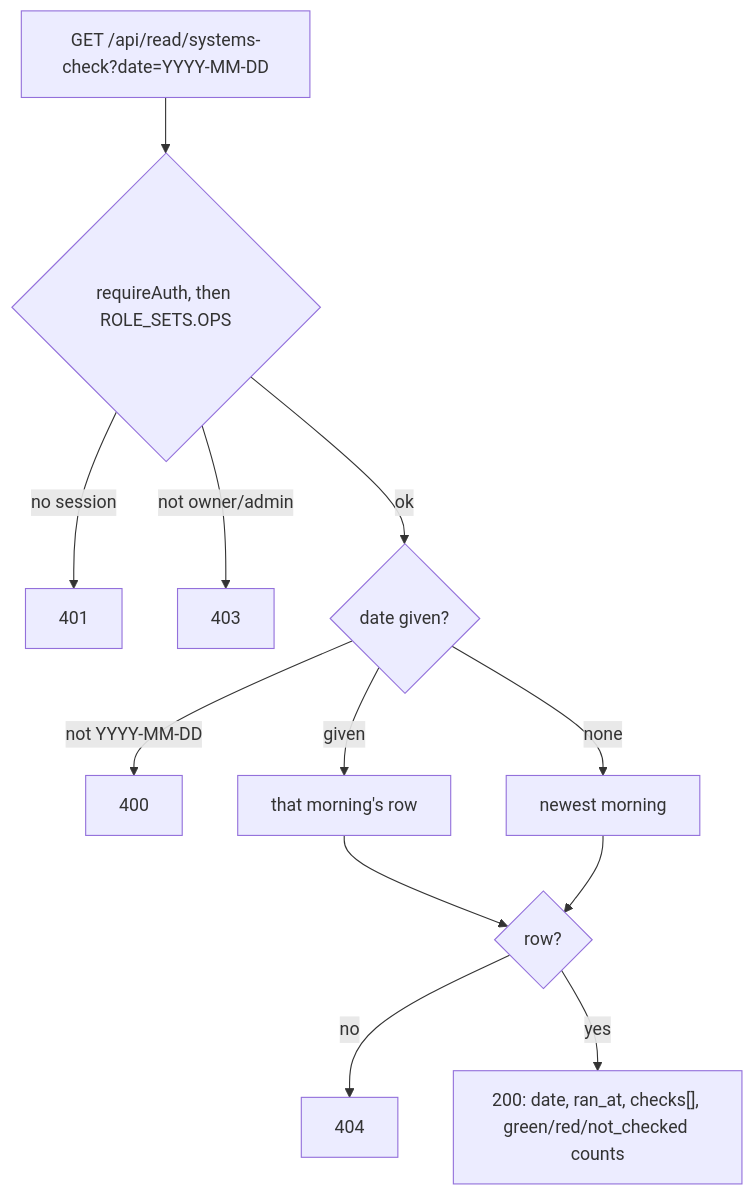
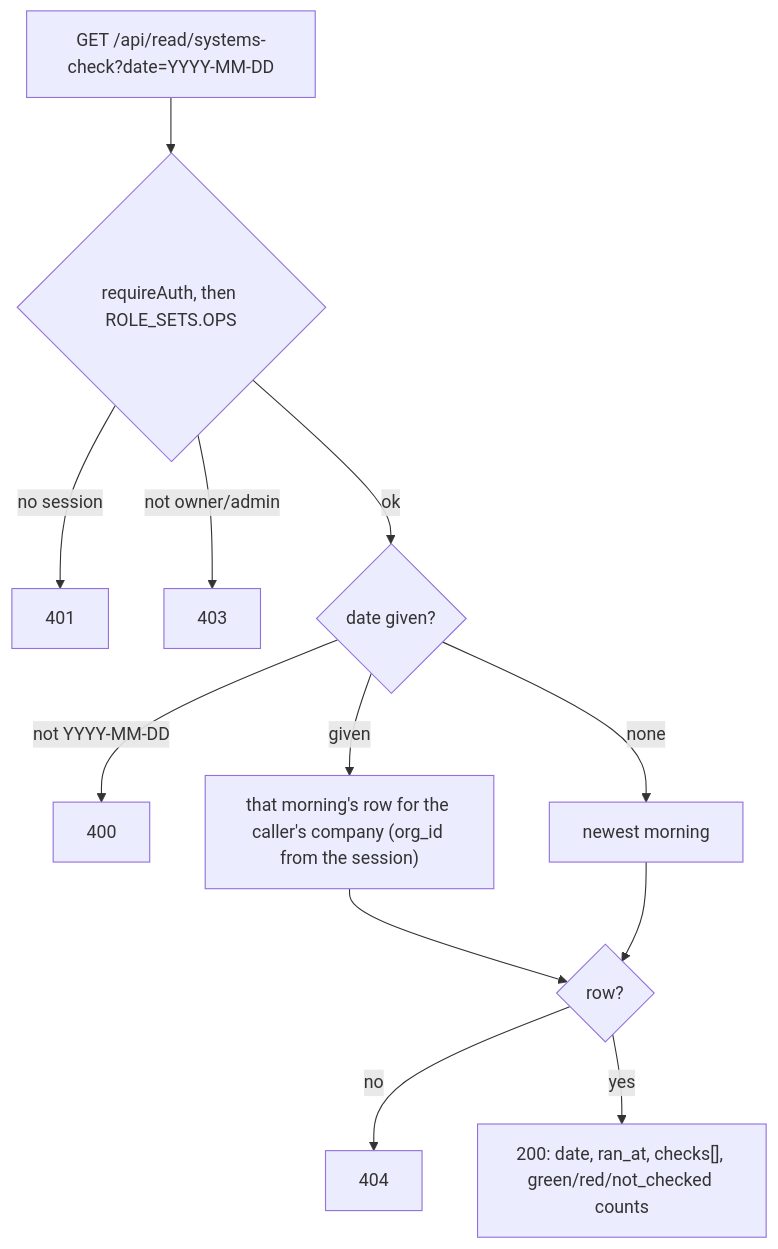
The third of 3 diagrams in docs/journeys/daily-pulse-actual.md (ZootimusMaximusSupreme/Fundhub_ai), drawn with Mermaid before and after one commit. The commit also changed other lines of this file and 9 other files, not shown here.

````diff
--- a/docs/journeys/daily-pulse-actual.md
+++ b/docs/journeys/daily-pulse-actual.md
@@ -63,13 +63,13 @@
 ```mermaid
 flowchart TD
     GET["GET /api/read/systems-check?date=YYYY-MM-DD"] --> AUTH{"requireAuth, then ROLE_SETS.OPS"}
     AUTH -->|no session| U401[401]
     AUTH -->|not owner/admin| F403[403]
     AUTH -->|ok| DATE{"date given?"}
     DATE -->|not YYYY-MM-DD| B400[400]
-    DATE -->|given| ONE["that morning's row"]
+    DATE -->|given| ONE["that morning's row for the caller's company (org_id from the session)"]
     DATE -->|none| NEWEST["newest morning"]
     ONE & NEWEST --> FOUND{row?}
     FOUND -->|no| N404[404]
     FOUND -->|yes| OK["200: date, ran_at, checks[], green/red/not_checked counts"]
 ```
````
